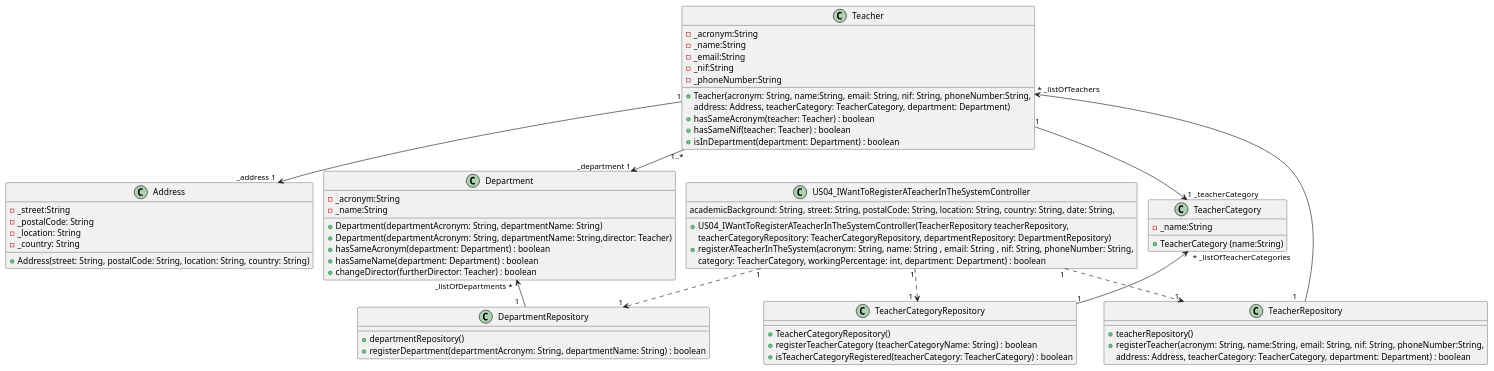
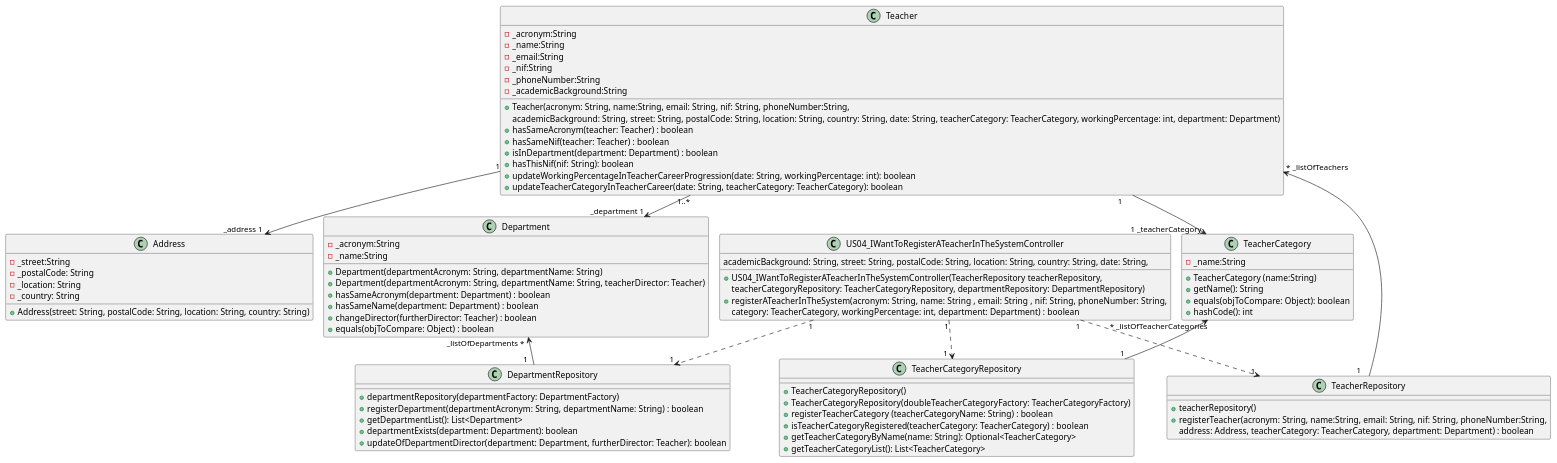
The diagram in docs/US04/US04_ResgisterATeacherInTheSystem_ClassDiagram.puml (GasparISEP/DevOps-PAI), drawn with PlantUML before and after one commit. The commit also changed 1 other file, not shown here.

Commit message:
Update tests from ProgrammeEditionEnrollmentTest and Update ClassDiagramUS04

```diff
--- a/docs/US04/US04_ResgisterATeacherInTheSystem_ClassDiagram.puml
+++ b/docs/US04/US04_ResgisterATeacherInTheSystem_ClassDiagram.puml
@@ -1,74 +1,88 @@
 @startuml
 !pragma layout smetana
 'left to right direction
 
 class US04_IWantToRegisterATeacherInTheSystemController{
         +US04_IWantToRegisterATeacherInTheSystemController(TeacherRepository teacherRepository,
         teacherCategoryRepository: TeacherCategoryRepository, departmentRepository: DepartmentRepository)
         +registerATeacherInTheSystem(acronym: String, name: String , email:  String , nif: String, phoneNumber: String,
         academicBackground: String, street: String, postalCode: String, location: String, country: String, date: String,
         category: TeacherCategory, workingPercentage: int, department: Department) : boolean
 }
 
 class Department {
     -_acronym:String
     -_name:String
     +Department(departmentAcronym: String, departmentName: String)
-    +Department(departmentAcronym: String, departmentName: String,director: Teacher)
+    +Department(departmentAcronym: String, departmentName: String, teacherDirector: Teacher)
     +hasSameAcronym(department: Department) : boolean
     +hasSameName(department: Department) : boolean
     +changeDirector(furtherDirector: Teacher) : boolean
+    +equals(objToCompare: Object) : boolean
 }
 
 class DepartmentRepository {
-    +departmentRepository()
+    +departmentRepository(departmentFactory: DepartmentFactory)
     +registerDepartment(departmentAcronym: String, departmentName: String) : boolean
+    +getDepartmentList(): List<Department>
+    +departmentExists(department: Department): boolean
+    +updateOfDepartmentDirector(department: Department, furtherDirector: Teacher): boolean
 }
 
 class TeacherCategory {
     -_name:String
     + TeacherCategory (name:String)
+    +getName(): String
+    +equals(objToCompare: Object): boolean
+    +hashCode(): int
 }
 
 class TeacherCategoryRepository {
     +TeacherCategoryRepository()
+    +TeacherCategoryRepository(doubleTeacherCategoryFactory: TeacherCategoryFactory)
     +registerTeacherCategory (teacherCategoryName: String) : boolean
     +isTeacherCategoryRegistered(teacherCategory: TeacherCategory) : boolean
+    +getTeacherCategoryByName(name: String): Optional<TeacherCategory>
+    +getTeacherCategoryList(): List<TeacherCategory>
 }
 
 class Teacher {
      -_acronym:String
      -_name:String
      -_email:String
      -_nif:String
      -_phoneNumber:String
+     -_academicBackground:String
      +Teacher(acronym: String, name:String, email: String, nif: String, phoneNumber:String,
-     address: Address, teacherCategory: TeacherCategory, department: Department)
+     academicBackground: String, street: String, postalCode: String, location: String, country: String, date: String, teacherCategory: TeacherCategory, workingPercentage: int, department: Department)
      +hasSameAcronym(teacher: Teacher) : boolean
      +hasSameNif(teacher: Teacher) : boolean
      +isInDepartment(department: Department) : boolean
+     +hasThisNif(nif: String): boolean
+     +updateWorkingPercentageInTeacherCareerProgression(date: String, workingPercentage: int): boolean
+     +updateTeacherCategoryInTeacherCareer(date: String, teacherCategory: TeacherCategory): boolean
 }
 
 class TeacherRepository {
     +teacherRepository()
     +registerTeacher(acronym: String, name:String, email: String, nif: String, phoneNumber:String,
     address: Address, teacherCategory: TeacherCategory, department: Department) : boolean
 }
 
 class Address {
      -_street:String
      -_postalCode: String
      -_location: String
      -_country: String
      +Address(street: String, postalCode: String, location: String, country: String)
 }
 US04_IWantToRegisterATeacherInTheSystemController "1" ..> "1  " TeacherRepository
 US04_IWantToRegisterATeacherInTheSystemController "1" ..> "1  " TeacherCategoryRepository
 US04_IWantToRegisterATeacherInTheSystemController "1" ..> "1" DepartmentRepository
 Teacher "1" --> "_address 1 " Address
 Teacher "1     " --> "1 _teacherCategory  " TeacherCategory
 Teacher "1..*" --> "_department 1" Department
 Teacher " * _listOfTeachers" <-- "1    " TeacherRepository
 Department "_listOfDepartments *  " <-- "1   " DepartmentRepository
 TeacherCategory "  * _listOfTeacherCategories" <-- "1" TeacherCategoryRepository
 @enduml
```
